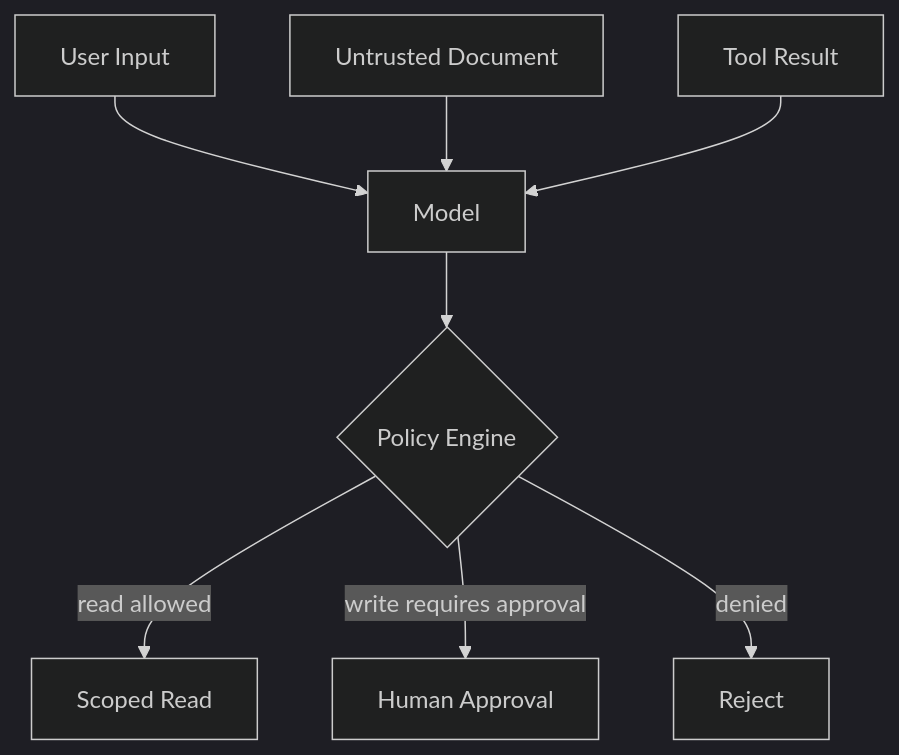
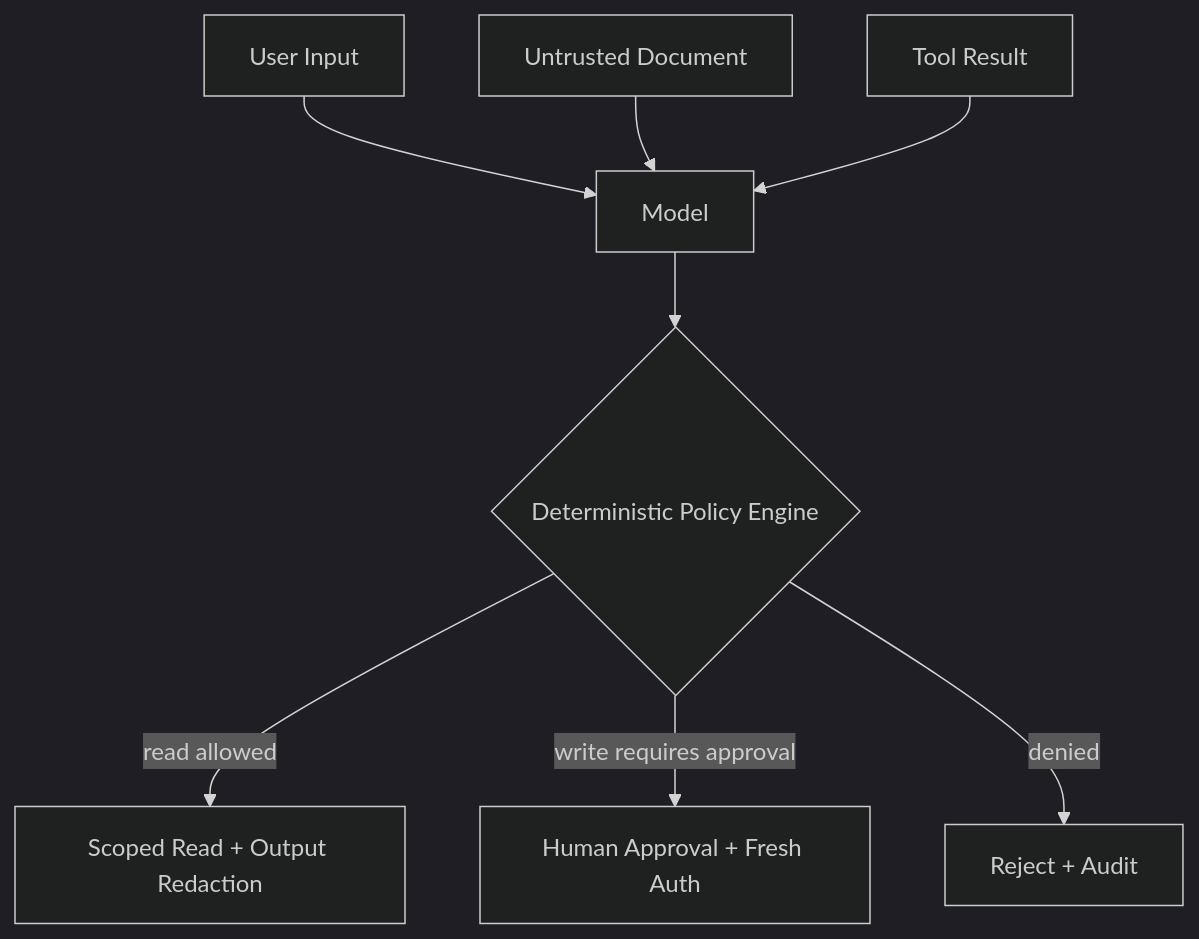
The diagram in apps/api/src/main/resources/content/ai-10-prompt-injection-security-review.md (hyeongseoblim/systemdesign), drawn with Mermaid (dark theme) before and after one commit. The commit also changed other lines of this file and 96 other files, not shown here.

````diff
--- a/apps/api/src/main/resources/content/ai-10-prompt-injection-security-review.md
+++ b/apps/api/src/main/resources/content/ai-10-prompt-injection-security-review.md
@@ -24,10 +24,10 @@
 ```mermaid
 flowchart TD
     U[User Input] --> M[Model]
     D[Untrusted Document] --> M
     T[Tool Result] --> M
-    M --> P{Policy Engine}
-    P -->|read allowed| R[Scoped Read]
-    P -->|write requires approval| H[Human Approval]
-    P -->|denied| X[Reject]
+    M --> P{Deterministic Policy Engine}
+    P -->|read allowed| R[Scoped Read + Output Redaction]
+    P -->|write requires approval| H[Human Approval + Fresh Auth]
+    P -->|denied| X[Reject + Audit]
 ```
````
